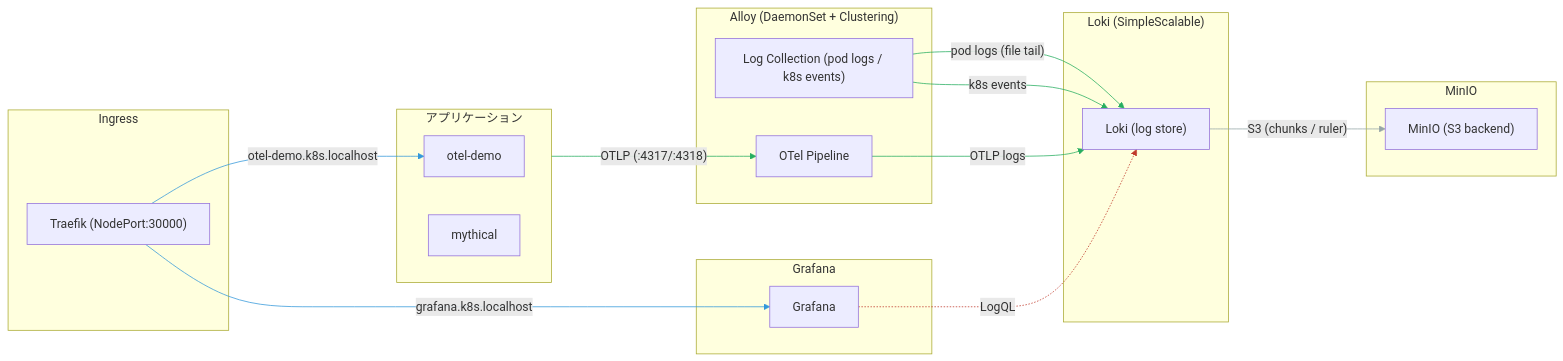
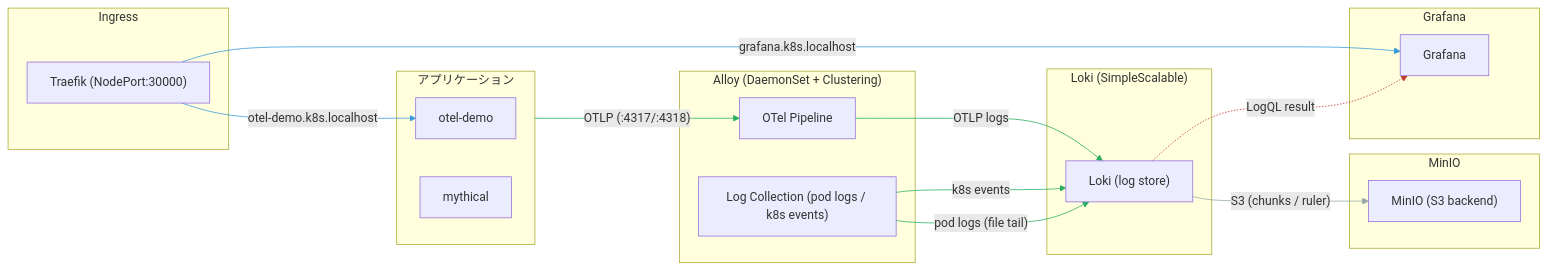
One commit to buzztaiki/sandbox changed the second of 4 diagrams in k8s/alloy-lgtm-kubeprom/README.md. Above: the diagram before and after it, drawn with Mermaid. The commit also changed other lines of this file, not shown here.

First line of the commit message:
docs: fix dashed arrow directions and labels in diagrams

````diff
--- a/k8s/alloy-lgtm-kubeprom/README.md
+++ b/k8s/alloy-lgtm-kubeprom/README.md
@@ -99,47 +99,47 @@
 ```mermaid
 graph LR
     subgraph apps["アプリケーション"]
         otel_demo["otel-demo"]
         mythical["mythical"]
     end
 
     subgraph alloy_ns["Alloy (DaemonSet + Clustering)"]
         alloy_logs["Log Collection (pod logs / k8s events)"]
         alloy_otel["OTel Pipeline"]
     end
 
     subgraph loki_ns["Loki (SimpleScalable)"]
         loki["Loki (log store)"]
     end
 
     subgraph minio_ns["MinIO"]
         minio["MinIO (S3 backend)"]
     end
 
     subgraph grafana_ns["Grafana"]
         grafana["Grafana"]
     end
 
     subgraph ingress["Ingress"]
         traefik["Traefik (NodePort:30000)"]
     end
 
     apps l1@-->|"OTLP (:4317/:4318)"| alloy_otel
     alloy_logs l2@-->|"pod logs (file tail)"| loki
     alloy_logs l3@-->|"k8s events"| loki
     alloy_otel l4@-->|"OTLP logs"| loki
     loki s1@-->|"S3 (chunks / ruler)"| minio
-    grafana r1@-.->|"LogQL"| loki
+    loki r1@-.->|"LogQL result"| grafana
     traefik i1@-->|"grafana.k8s.localhost"| grafana
     traefik i2@-->|"otel-demo.k8s.localhost"| otel_demo
 
     classDef logs stroke:#27ae60
     classDef storage stroke:#95a5a6
     classDef read stroke:#c0392b
     classDef ingress stroke:#3498db
 
     class l1,l2,l3,l4 logs
     class s1 storage
     class r1 read
     class i1,i2 ingress
 ```
````
